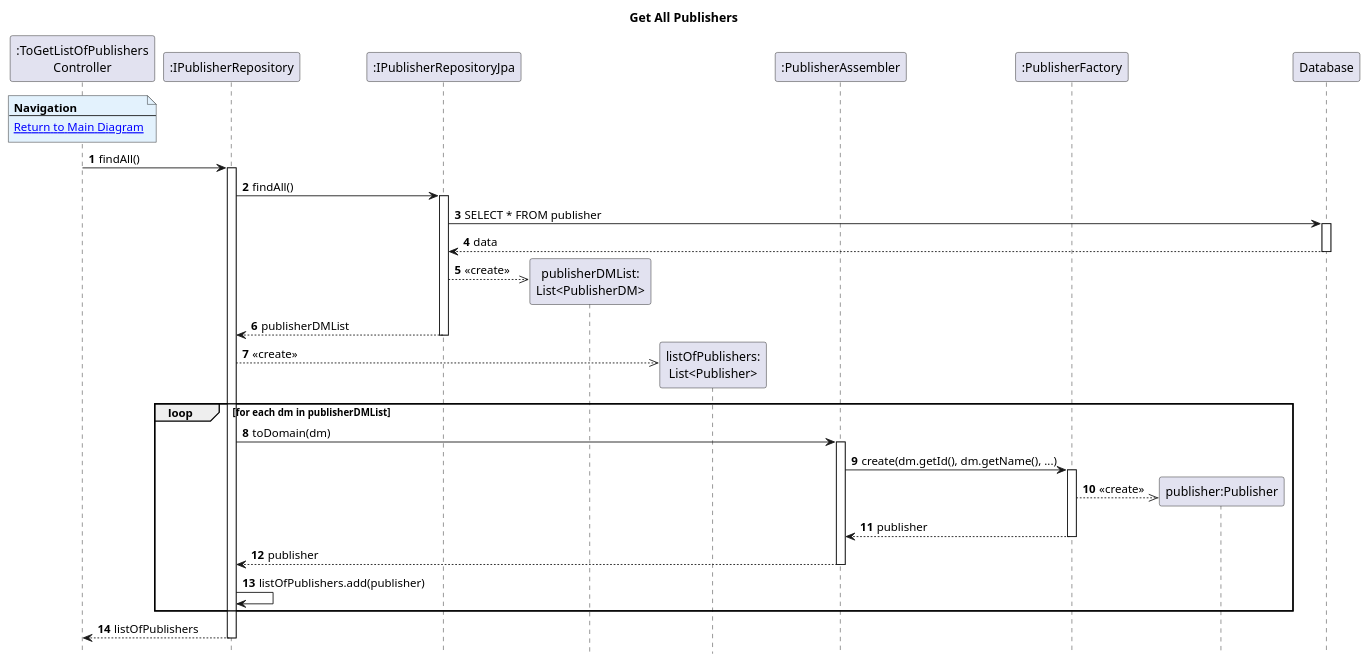
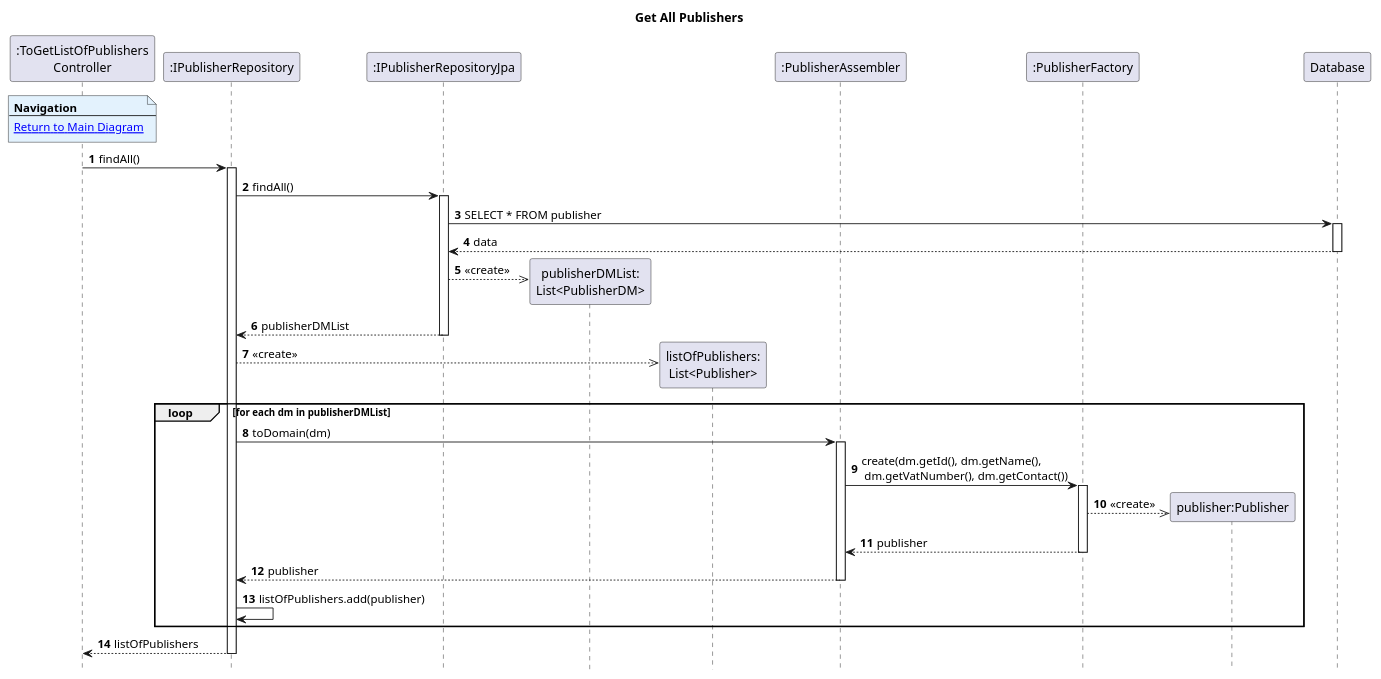
Before and after one commit to AndrePereiraGitH/SWitCH-Project-Team_A: the diagram in Diagrams/SequenceDiagrams/N2/To-get-list-of-items-on-auction-of-an-given-publisher/Get-All-Publishers.puml, drawn with PlantUML. The commit also changed 1 other file, not shown here.

```diff
--- a/Diagrams/SequenceDiagrams/N2/To-get-list-of-items-on-auction-of-an-given-publisher/Get-All-Publishers.puml
+++ b/Diagrams/SequenceDiagrams/N2/To-get-list-of-items-on-auction-of-an-given-publisher/Get-All-Publishers.puml
@@ -1,58 +1,58 @@
 @startuml
 hide footbox
 autonumber
 title Get All Publishers
 
 participant ":ToGetListOfPublishers\nController" as Controller
 participant ":IPublisherRepository" as publisherRepo
 participant ":IPublisherRepositoryJpa" as publisherJpa
 participant "publisherDMList:\nList<PublisherDM>" as publisherDMList
 participant "listOfPublishers:\nList<Publisher>" as listOfPublishers
 participant ":PublisherAssembler" as publisherAssembler
 participant ":PublisherFactory" as publisherFactory
 participant "publisher:Publisher" as publisher
 participant "Database" as DB
 
 note over Controller #E3F2FD
 <b>Navigation</b>
 ---
 [[./main.puml Return to Main Diagram]]
 end note
 
 Controller -> publisherRepo : findAll()
 activate publisherRepo
 
 publisherRepo -> publisherJpa : findAll()
 activate publisherJpa
 
 publisherJpa -> DB : SELECT * FROM publisher
 activate DB
 DB --> publisherJpa : data
 deactivate DB
 
 publisherJpa -->> publisherDMList ** : <<create>>
 publisherJpa --> publisherRepo : publisherDMList
 deactivate publisherJpa
 
 publisherRepo -->> listOfPublishers ** : <<create>>
 
 loop for each dm in publisherDMList
     publisherRepo -> publisherAssembler : toDomain(dm)
     activate publisherAssembler
 
-    publisherAssembler -> publisherFactory : create(dm.getId(), dm.getName(), ...)
+    publisherAssembler -> publisherFactory : create(dm.getId(), dm.getName(), \n dm.getVatNumber(), dm.getContact())
     activate publisherFactory
     publisherFactory -->> publisher ** : <<create>>
     publisherFactory --> publisherAssembler : publisher
     deactivate publisherFactory
 
     publisherAssembler --> publisherRepo : publisher
     deactivate publisherAssembler
 
     publisherRepo -> publisherRepo : listOfPublishers.add(publisher)
 end
 
 publisherRepo --> Controller : listOfPublishers
 deactivate publisherRepo
 
 @enduml
```
